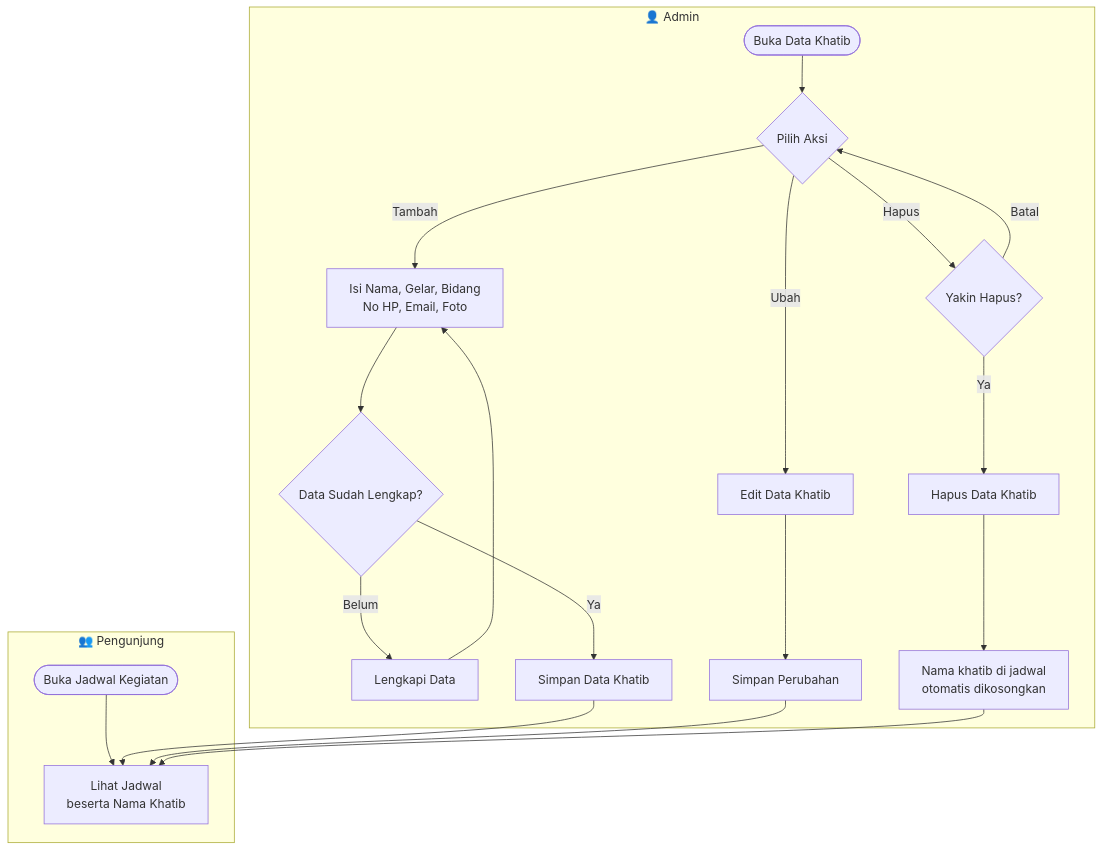
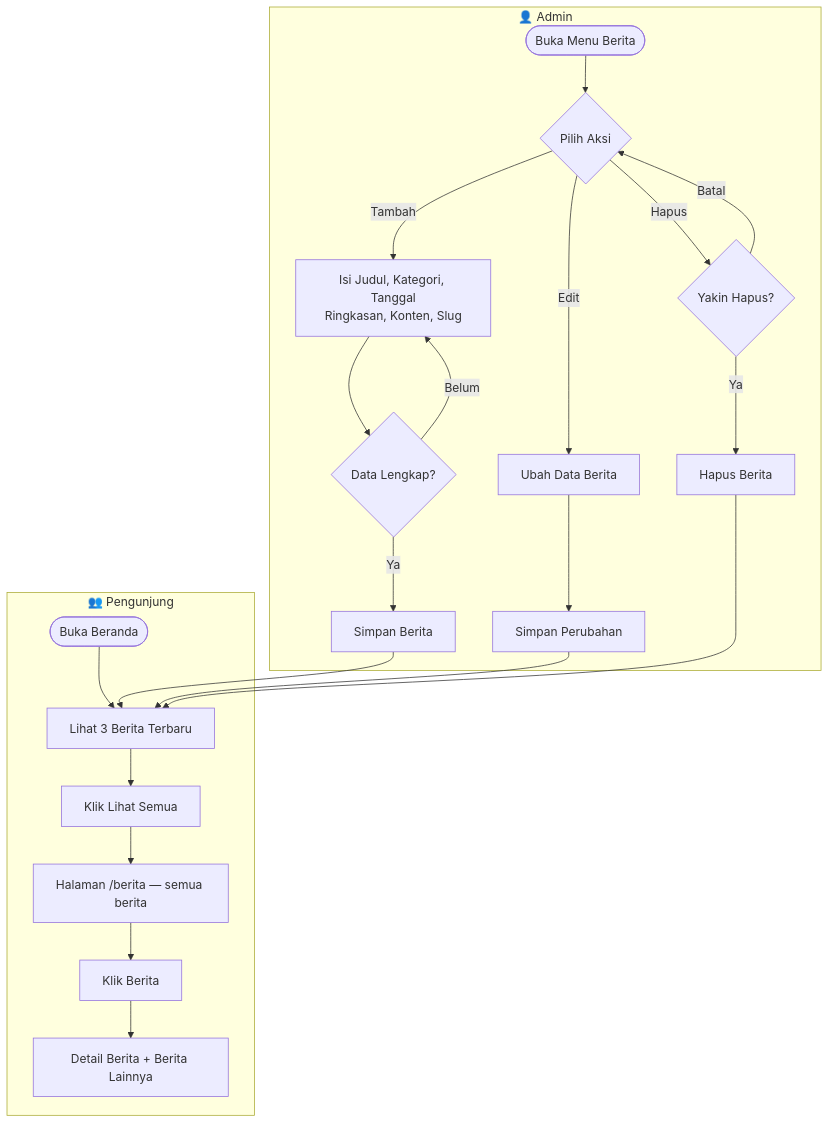
Before and after one commit to nabilhatami86/masjid-al-hidayah: the third of 7 diagrams in ERD.md, drawn with Mermaid. The commit also changed other lines of this file and 19 other files, not shown here.

````diff
--- a/ERD.md
+++ b/ERD.md
@@ -228,28 +329,30 @@
 ```mermaid
 flowchart TD
     subgraph ADMIN["👤 Admin"]
-        A1([Buka Data Khatib]) --> A2{Pilih Aksi}
+        A1([Buka Menu Berita]) --> A2{Pilih Aksi}
 
-        A2 -- Tambah --> A3[Isi Nama, Gelar, Bidang\nNo HP, Email, Foto]
-        A3 --> A4{Data Sudah Lengkap?}
-        A4 -- Belum --> A5[Lengkapi Data]
-        A5 --> A3
-        A4 -- Ya --> A6[Simpan Data Khatib]
+        A2 -- Tambah --> A3[Isi Judul, Kategori, Tanggal\nRingkasan, Konten, Slug]
+        A3 --> A4{Data Lengkap?}
+        A4 -- Belum --> A3
+        A4 -- Ya --> A5[Simpan Berita]
 
-        A2 -- Ubah --> A7[Edit Data Khatib]
-        A7 --> A8[Simpan Perubahan]
+        A2 -- Edit --> A6[Ubah Data Berita]
+        A6 --> A7[Simpan Perubahan]
 
-        A2 -- Hapus --> A9{Yakin Hapus?}
-        A9 -- Batal --> A2
-        A9 -- Ya --> A10[Hapus Data Khatib]
-        A10 --> A11[Nama khatib di jadwal\notomatis dikosongkan]
+        A2 -- Hapus --> A8{Yakin Hapus?}
+        A8 -- Batal --> A2
+        A8 -- Ya --> A9[Hapus Berita]
     end
 
     subgraph PUBLIK["👥 Pengunjung"]
-        P1([Buka Jadwal Kegiatan]) --> P2[Lihat Jadwal\nbeserta Nama Khatib]
+        P1([Buka Beranda]) --> P2[Lihat 3 Berita Terbaru]
+        P2 --> P3[Klik Lihat Semua]
+        P3 --> P4[Halaman /berita — semua berita]
+        P4 --> P5[Klik Berita]
+        P5 --> P6[Detail Berita + Berita Lainnya]
     end
 
-    A6 --> P2
-    A8 --> P2
-    A11 --> P2
+    A5 --> P2
+    A7 --> P2
+    A9 --> P2
 ```
````
